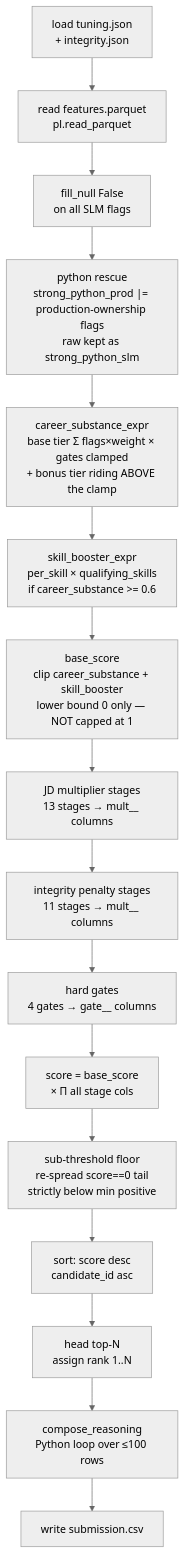
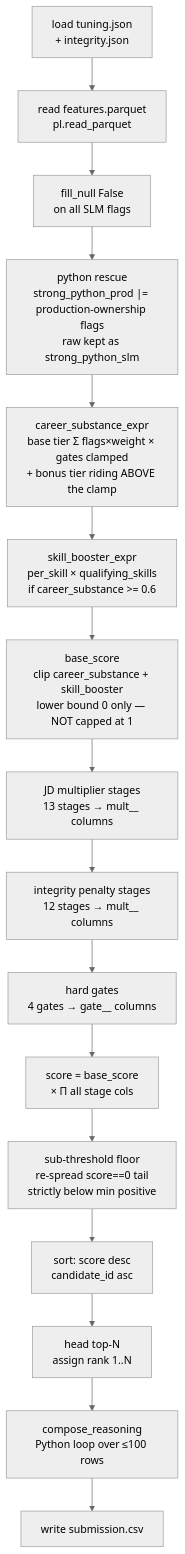
One commit to ankitkr-04/candidate-ranker-v2 changed the diagram in docs/ranker.md. Above: the diagram before and after it, drawn with Mermaid (neutral theme). The commit also changed other lines of this file and 3 other files, not shown here.

````diff
--- a/docs/ranker.md
+++ b/docs/ranker.md
@@ -48,18 +48,18 @@
 ```mermaid
 flowchart TD
     A[load tuning.json<br>+ integrity.json] --> B[read features.parquet<br>pl.read_parquet]
     B --> C[fill_null False<br>on all SLM flags]
     C --> C2["python rescue<br>strong_python_prod |= production-ownership flags<br>raw kept as strong_python_slm"]
     C2 --> D[career_substance_expr<br>base tier Σ flags×weight × gates clamped<br>+ bonus tier riding ABOVE the clamp]
     D --> E[skill_booster_expr<br>per_skill × qualifying_skills<br>if career_substance >= 0.6]
     E --> F[base_score<br>clip career_substance + skill_booster<br>lower bound 0 only — NOT capped at 1]
     F --> G[JD multiplier stages<br>13 stages → mult__<id> columns]
-    G --> H[integrity penalty stages<br>11 stages → mult__<id> columns]
+    G --> H[integrity penalty stages<br>12 stages → mult__<id> columns]
     H --> I[hard gates<br>4 gates → gate__<id> columns]
     I --> J[score = base_score<br>× Π all stage cols]
     J --> K[sub-threshold floor<br>re-spread score==0 tail<br>strictly below min positive]
     K --> M[sort: score desc<br>candidate_id asc]
     M --> N[head top-N<br>assign rank 1..N]
     N --> O[compose_reasoning<br>Python loop over ≤100 rows]
     O --> P[write submission.csv]
 ```
````
